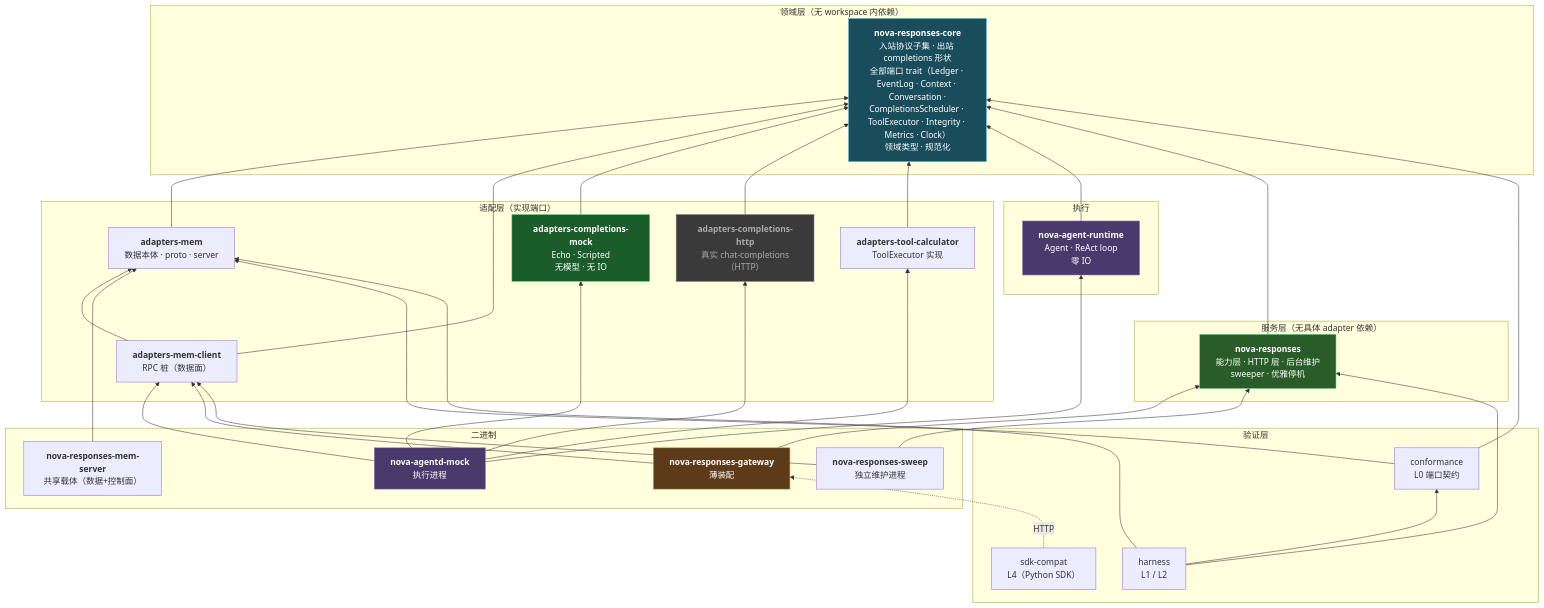
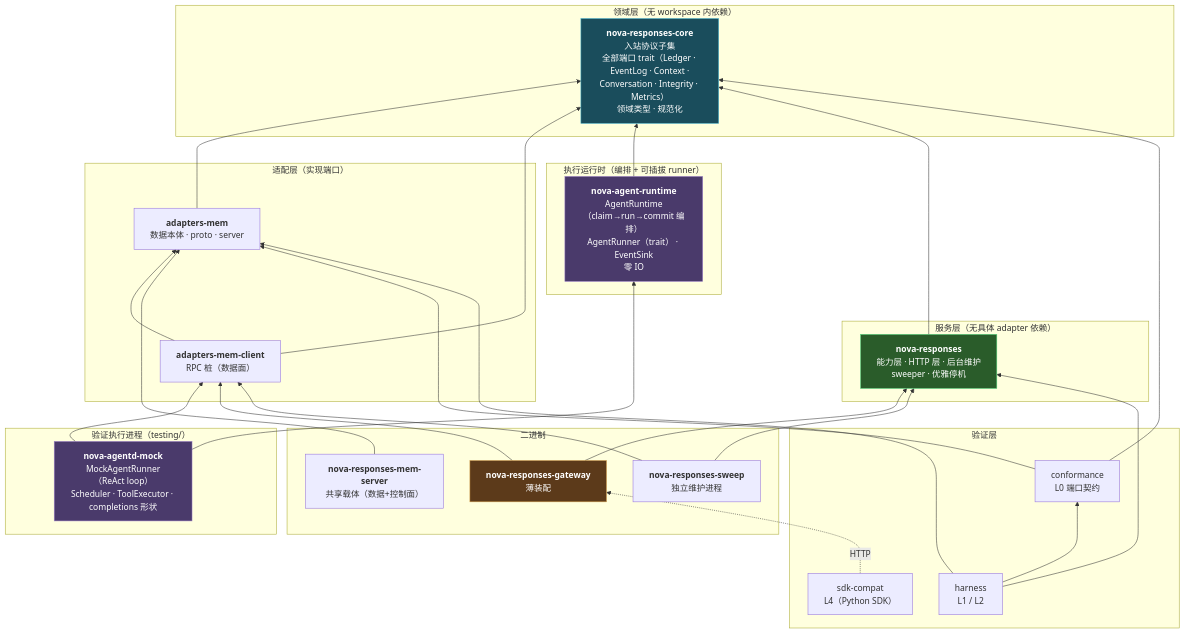
Before and after one commit to charleslyh/nova-chat: the first of 8 diagrams in docs/design/00-architecture-review.md, drawn with Mermaid. The commit also changed other lines of this file, not shown here.

````diff
--- a/docs/design/00-architecture-review.md
+++ b/docs/design/00-architecture-review.md
@@ -60,68 +60,60 @@
 ```mermaid
 graph BT
     subgraph L0["领域层（无 workspace 内依赖）"]
-        core["<b>nova-responses-core</b><br/>入站协议子集 · 出站 completions 形状<br/>全部端口 trait（Ledger · EventLog · Context · Conversation ·<br/>CompletionsScheduler · ToolExecutor · Integrity · Metrics · Clock）<br/>领域类型 · 规范化"]
+        core["<b>nova-responses-core</b><br/>入站协议子集<br/>全部端口 trait（Ledger · EventLog · Context ·<br/>Conversation · Integrity · Metrics）<br/>领域类型 · 规范化"]
     end
 
     subgraph L1["适配层（实现端口）"]
         mem["<b>adapters-mem</b><br/>数据本体 · proto · server"]
         memclient["<b>adapters-mem-client</b><br/>RPC 桩（数据面）"]
-        cmock["<b>adapters-completions-mock</b><br/>Echo · Scripted<br/>无模型 · 无 IO"]
-        chttp["<b>adapters-completions-http</b><br/>真实 chat-completions（HTTP）"]
-        tool["<b>adapters-tool-calculator</b><br/>ToolExecutor 实现"]
     end
 
-    subgraph L2["执行"]
-        agent["<b>nova-agent-runtime</b><br/>Agent · ReAct loop<br/>零 IO"]
+    subgraph L2["执行运行时（编排 + 可插拔 runner）"]
+        agent["<b>nova-agent-runtime</b><br/>AgentRuntime（claim→run→commit 编排）<br/>AgentRunner（trait） · EventSink<br/>零 IO"]
     end
 
     subgraph SRV["服务层（无具体 adapter 依赖）"]
         svc["<b>nova-responses</b><br/>能力层 · HTTP 层 · 后台维护<br/>sweeper · 优雅停机"]
     end
 
     subgraph L3["二进制"]
         gw["<b>nova-responses-gateway</b><br/>薄装配"]
-        agentd["<b>nova-agentd-mock</b><br/>执行进程"]
         memsrv["<b>nova-responses-mem-server</b><br/>共享载体（数据+控制面）"]
         sweep["<b>nova-responses-sweep</b><br/>独立维护进程"]
+    end
+
+    subgraph MOCK["验证执行进程（testing/）"]
+        agentd["<b>nova-agentd-mock</b><br/>MockAgentRunner（ReAct loop）<br/>Scheduler · ToolExecutor · completions 形状"]
     end
 
     subgraph T["验证层"]
         conf["conformance<br/>L0 端口契约"]
         harn["harness<br/>L1 / L2"]
         sdk["sdk-compat<br/>L4（Python SDK）"]
     end
 
     mem --> core
     memclient --> core
     memclient --> mem
-    cmock --> core
-    chttp --> core
-    tool --> core
     agent --> core
     svc --> core
     agentd --> agent
     agentd --> memclient
-    agentd --> cmock
-    agentd --> chttp
-    agentd --> tool
     gw --> svc
     gw --> memclient
     memsrv --> mem
+    sweep --> svc
     sweep --> memclient
-    sweep --> svc
     conf --> core
     conf --> mem
     harn --> conf
     harn --> svc
     harn --> mem
     sdk -.->|"HTTP"| gw
 
     style core fill:#1a4d5c,stroke:#4db8d4,color:#fff
     style agent fill:#4a3a6b,stroke:#9b7fc7,color:#fff
     style agentd fill:#4a3a6b,stroke:#9b7fc7,color:#fff
     style svc fill:#2a5c2a,stroke:#4dd47a,color:#fff
     style gw fill:#5c3a1a,stroke:#d4a04d,color:#fff
-    style cmock fill:#1a5c2a,stroke:#4dd47a,color:#fff
-    style chttp fill:#3a3a3a,stroke:#777,color:#aaa
 ```
````
